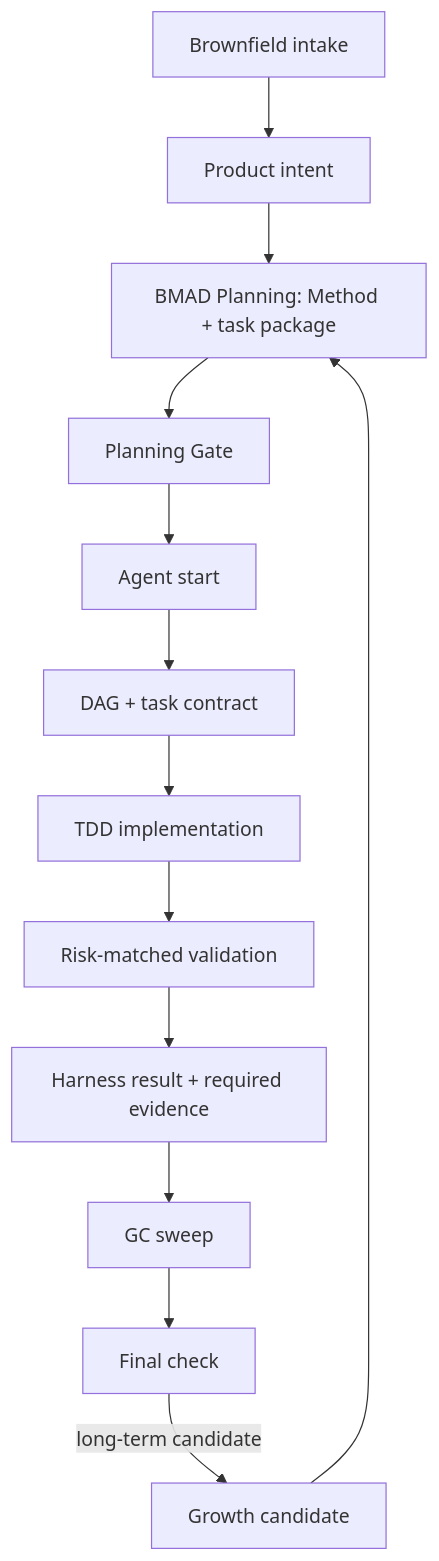
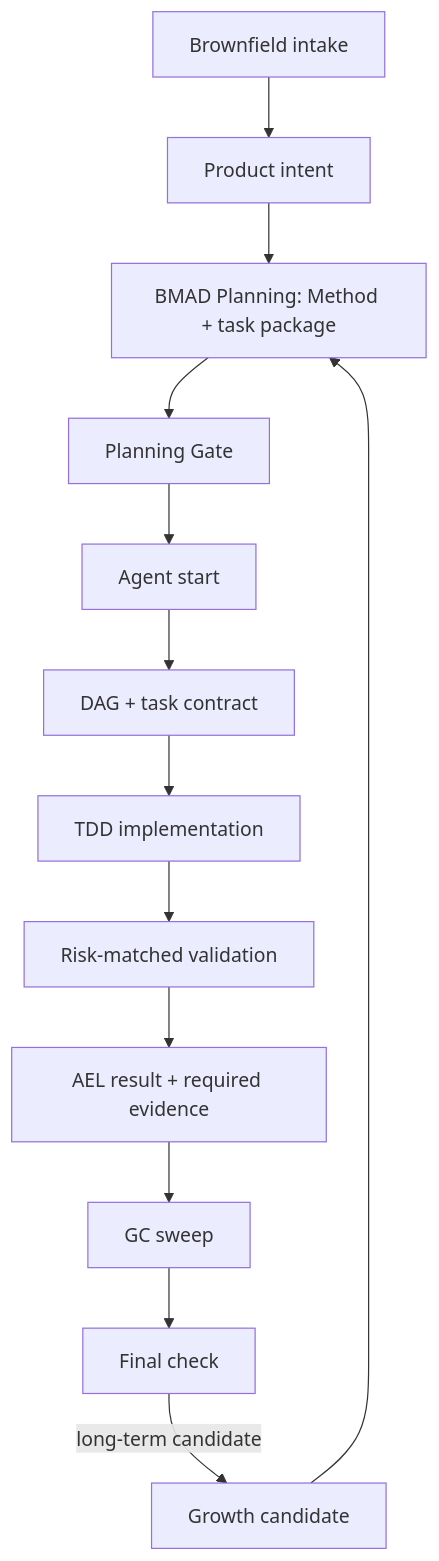
The third of 3 diagrams in ARCHITECTURE.md (goBuildRun/harness-engineering), drawn with Mermaid before and after one commit. The commit also changed other lines of this file and 552 other files, not shown here.

````diff
--- a/ARCHITECTURE.md
+++ b/ARCHITECTURE.md
@@ -132,19 +132,19 @@
 ```mermaid
 flowchart TD
   BI["Brownfield intake"]
   I["Product intent"]
   BP["BMAD Planning: Method + task package"]
   G0["Planning Gate"]
   A1["Agent start"]
   D1["DAG + task contract"]
   T1["TDD implementation"]
   Q1["Risk-matched validation"]
-  E1["Harness result + required evidence"]
+  E1["AEL result + required evidence"]
   GC["GC sweep"]
   CH["Final check"]
   GR["Growth candidate"]
 
   BI --> I --> BP --> G0 --> A1 --> D1 --> T1 --> Q1 --> E1 --> GC --> CH
   CH -->|"long-term candidate"| GR
   GR --> BP
 ```
````
